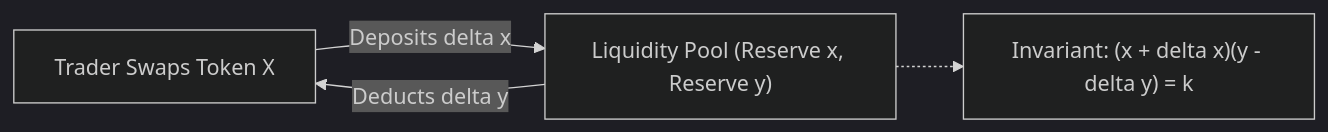
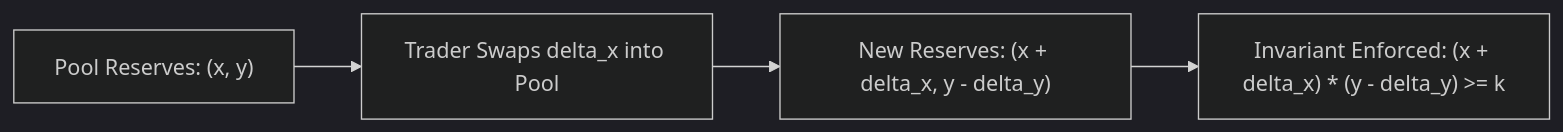
One commit to ub-society/modules changed the second of 6 diagrams in docs/learn/fundamentals/05-decentralized-systems/02-automated-market-makers-and-liquidity-pools.md. Above: the diagram before and after it, drawn with Mermaid (dark theme). The commit also changed other lines of this file and 4 other files, not shown here.

````diff
--- a/docs/learn/fundamentals/05-decentralized-systems/02-automated-market-makers-and-liquidity-pools.md
+++ b/docs/learn/fundamentals/05-decentralized-systems/02-automated-market-makers-and-liquidity-pools.md
@@ -20,6 +51,6 @@
 ```mermaid
 flowchart LR
-    Trader[Trader Swaps Token X] -->|Deposits delta x| Pool["Liquidity Pool (Reserve x, Reserve y)"]
-    Pool -->|Deducts delta y| Trader
-    Pool -.-> Invariant["Invariant: (x + delta x)(y - delta y) = k"]
+    Reserve["Pool Reserves: (x, y)"] --> Trade["Trader Swaps delta_x into Pool"]
+    Trade --> NewState["New Reserves: (x + delta_x, y - delta_y)"]
+    NewState --> InvariantCheck["Invariant Enforced: (x + delta_x) * (y - delta_y) >= k"]
 ```
````
